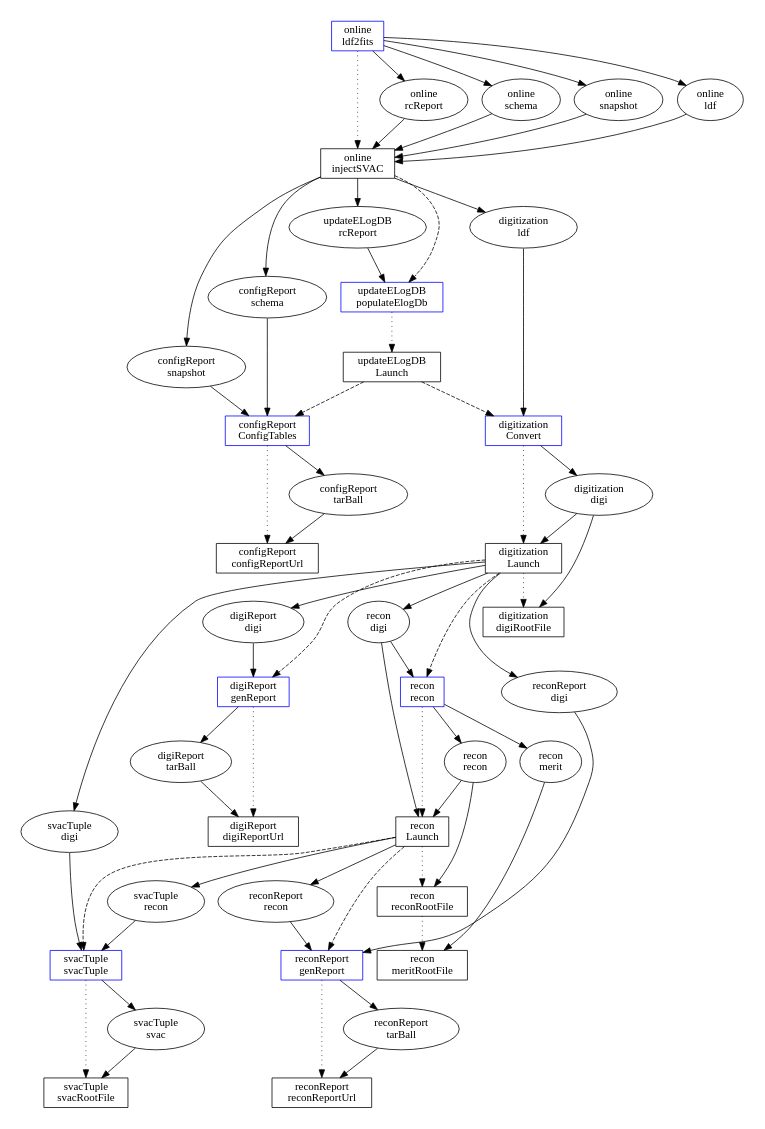
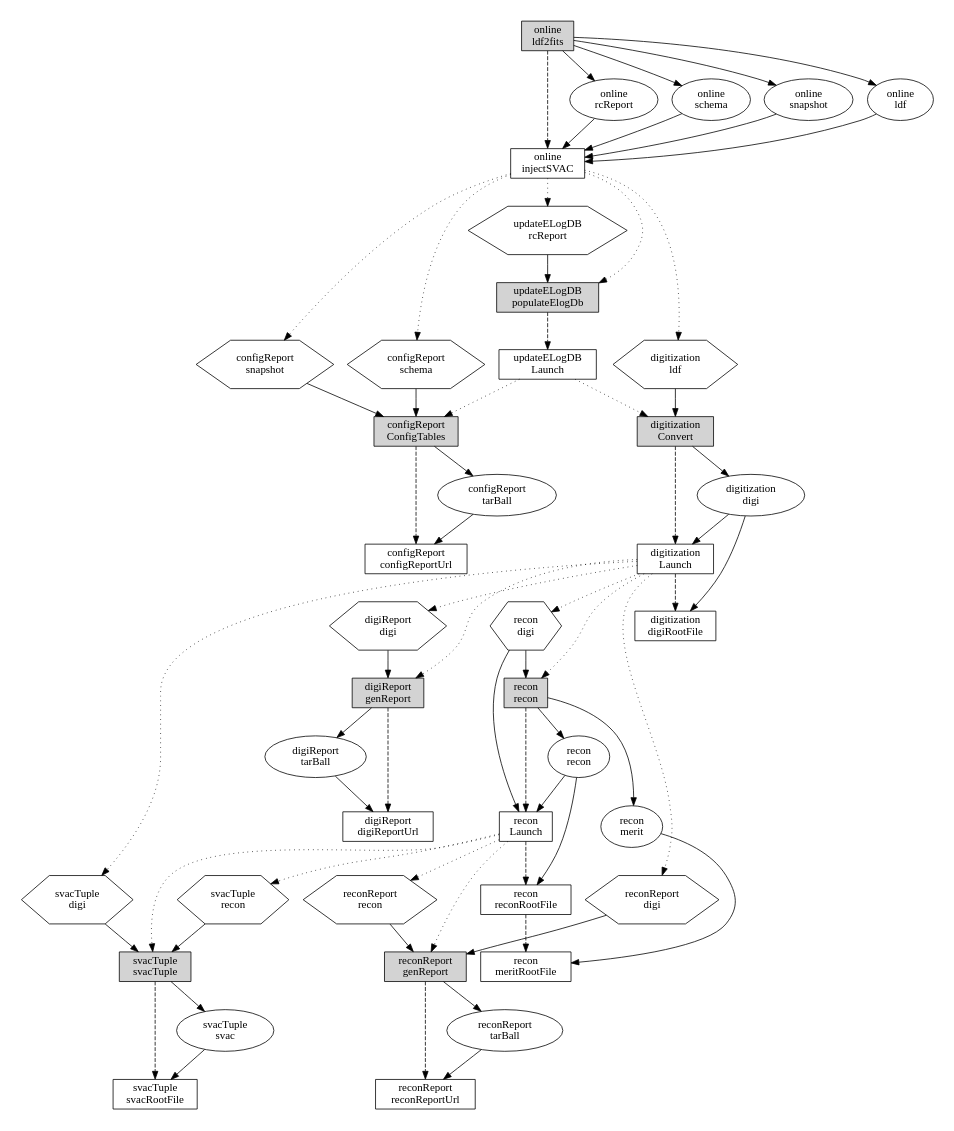
The diagram in svacPipeline/doc/newlaunch-EM2-v1r0.dot (fermi-lat/svac), drawn with Graphviz before and after one commit.

Commit message:
Changed newlaunch graph to conform to new conventions.

```diff
--- a/svacPipeline/doc/newlaunch-EM2-v1r0.dot
+++ b/svacPipeline/doc/newlaunch-EM2-v1r0.dot
@@ -1,182 +1,198 @@
 digraph iAndTPipeline {
 
 #rotate=90;
 size="7.5,6.5";
 
 #### task processes
 node [shape=box];
 ####
 ## entry points
-node [color=blue];
+node [style=filled];
 ##
 online_ldf2fits_tp [label="online\nldf2fits"];
 updateELogDB_populateElogDb_tp [label="updateELogDB\npopulateElogDb"];
 configReport_ConfigTables_tp [label="configReport\nConfigTables"];
 digitization_Convert_tp [label="digitization\nConvert"];
 digiReport_genReport_tp [label="digiReport\ngenReport"];
 recon_recon_tp [label="recon\nrecon"];
 reconReport_genReport_tp [label="reconReport\ngenReport"];
 svacTuple_svacTuple_tp [label="svacTuple\nsvacTuple "];
 ##
-node [color=black,style=solid];
+node [style=solid];
 ##
 online_injectSVAC_tp [label="online\ninjectSVAC"];
 #
 updateELogDB_Launch_tp [label="updateELogDB\nLaunch"];
 #
 configReport_configReportUrl_tp [label="configReport\nconfigReportUrl"];
 #
 digitization_Launch_tp [label="digitization\nLaunch"];
 digitization_digiRootFile_tp [label="digitization\ndigiRootFile"];
 #
 digiReport_digiReportUrl_tp [label="digiReport\ndigiReportUrl"];
 #
 recon_Launch_tp [label="recon\nLaunch"];
 recon_reconRootFile_tp [label="recon\nreconRootFile"];
 recon_meritRootFile_tp [label="recon\nmeritRootFile"];
 #
 reconReport_reconReportUrl_tp [label="reconReport\nreconReportUrl"];
 #
 svacTuple_svacRootFile_tp [label="svacTuple\nsvacRootFile"];
 
 #### datasets
 node [shape=ellipse];
 ####
+## real ones
+##
 online_rcReport_ds [label="online\nrcReport"];
-updateELogDB_rcReport_ds [label="updateELogDB\nrcReport"];
 online_schema_ds [label="online\nschema"];
-configReport_schema_ds [label="configReport\nschema"];
 online_snapshot_ds [label="online\nsnapshot"];
-configReport_snapshot_ds [label="configReport\nsnapshot"];
 online_ldf_ds [label="online\nldf"];
-digitization_ldf_ds [label="digitization\nldf"];
 #
 configReport_tarBall_ds [label="configReport\ntarBall"];
 #
 digitization_digi_ds [label="digitization\ndigi"];
+#
+digiReport_tarBall_ds [label="digiReport\ntarBall"];
+#
+recon_recon_ds [label="recon\nrecon"];
+recon_merit_ds [label="recon\nmerit"];
+#
+reconReport_tarBall_ds [label="reconReport\ntarBall"];
+#
+svacTuple_svac_ds [label="svacTuple\nsvac"];
+##
+## links
+node [shape=hexagon];
+##
+updateELogDB_rcReport_ds [label="updateELogDB\nrcReport"];
+configReport_schema_ds [label="configReport\nschema"];
+configReport_snapshot_ds [label="configReport\nsnapshot"];
+digitization_ldf_ds [label="digitization\nldf"];
+#
 recon_digi_ds [label="recon\ndigi"];
 digiReport_digi_ds [label="digiReport\ndigi"];
 svacTuple_digi_ds [label="svacTuple\ndigi"];
 reconReport_digi_ds [label="reconReport\ndigi"];
 #
-digiReport_tarBall_ds [label="digiReport\ntarBall"];
-#
-recon_recon_ds [label="recon\nrecon"];
 svacTuple_recon_ds [label="svacTuple\nrecon"];
 reconReport_recon_ds [label="reconReport\nrecon"];
-recon_merit_ds [label="recon\nmerit"];
-#
-reconReport_tarBall_ds [label="reconReport\ntarBall"];
-#
-svacTuple_svac_ds [label="svacTuple\nsvac"];
+##
 
 #### TP -> DS links
 edge [weight=10];
 ####
+## ones known to GINO
+edge [weight=10];
+##
 online_ldf2fits_tp -> online_rcReport_ds;
 online_ldf2fits_tp -> online_schema_ds;
 online_ldf2fits_tp -> online_snapshot_ds;
 online_ldf2fits_tp -> online_ldf_ds;
 #
 online_rcReport_ds -> online_injectSVAC_tp;
 online_schema_ds -> online_injectSVAC_tp;
 online_snapshot_ds -> online_injectSVAC_tp;
 online_ldf_ds -> online_injectSVAC_tp;
 #
-online_injectSVAC_tp -> updateELogDB_rcReport_ds;
-online_injectSVAC_tp -> configReport_schema_ds;
-online_injectSVAC_tp -> configReport_snapshot_ds;
-online_injectSVAC_tp -> digitization_ldf_ds;
-
 updateELogDB_rcReport_ds -> updateELogDB_populateElogDb_tp;
-
+#
 configReport_schema_ds -> configReport_ConfigTables_tp;
 configReport_snapshot_ds -> configReport_ConfigTables_tp;
 configReport_ConfigTables_tp -> configReport_tarBall_ds;
 #
 configReport_tarBall_ds -> configReport_configReportUrl_tp;
-
+#
 digitization_ldf_ds -> digitization_Convert_tp;
 digitization_Convert_tp -> digitization_digi_ds;
 #
 digitization_digi_ds -> digitization_Launch_tp;
-digitization_Launch_tp -> recon_digi_ds;
-#
-digitization_Launch_tp -> digiReport_digi_ds;
-#
-digitization_Launch_tp -> svacTuple_digi_ds;
-#
-digitization_Launch_tp -> reconReport_digi_ds;
-#
 digitization_digi_ds -> digitization_digiRootFile_tp;
 
 digiReport_digi_ds -> digiReport_genReport_tp;
 digiReport_genReport_tp -> digiReport_tarBall_ds;
 #
 digiReport_tarBall_ds -> digiReport_digiReportUrl_tp;
-
+#
 recon_digi_ds -> recon_recon_tp;
 recon_recon_tp -> recon_recon_ds;
 recon_recon_tp -> recon_merit_ds;
 #
 recon_recon_ds -> recon_Launch_tp;
 recon_digi_ds -> recon_Launch_tp;
-recon_Launch_tp -> svacTuple_recon_ds;
-#
-recon_Launch_tp -> reconReport_recon_ds;
-#
 recon_recon_ds -> recon_reconRootFile_tp;
 #
 recon_merit_ds -> recon_meritRootFile_tp;
 
 reconReport_digi_ds -> reconReport_genReport_tp;
 reconReport_recon_ds -> reconReport_genReport_tp;
 reconReport_genReport_tp -> reconReport_tarBall_ds;
 #
 reconReport_tarBall_ds -> reconReport_reconReportUrl_tp;
 
 svacTuple_digi_ds -> svacTuple_svacTuple_tp;
 svacTuple_recon_ds -> svacTuple_svacTuple_tp;
 svacTuple_svacTuple_tp -> svacTuple_svac_ds;
 #
 svacTuple_svac_ds -> svacTuple_svacRootFile_tp;
-
+#
+## unknown to GINO
+edge [weight=1,style=dotted];
+##
+online_injectSVAC_tp -> updateELogDB_rcReport_ds;
+online_injectSVAC_tp -> configReport_schema_ds;
+online_injectSVAC_tp -> configReport_snapshot_ds;
+online_injectSVAC_tp -> digitization_ldf_ds;
+#
+digitization_Launch_tp -> recon_digi_ds;
+#
+digitization_Launch_tp -> digiReport_digi_ds;
+#
+digitization_Launch_tp -> svacTuple_digi_ds;
+#
+digitization_Launch_tp -> reconReport_digi_ds;
+#
+recon_Launch_tp -> svacTuple_recon_ds;
+#
+recon_Launch_tp -> reconReport_recon_ds;
+#
+##
 
 #### intratask links ####
-edge [style=dotted,weight=100];
+edge [style=dashed,weight=100];
 ####
 online_ldf2fits_tp -> online_injectSVAC_tp;
 #
 updateELogDB_populateElogDb_tp -> updateELogDB_Launch_tp;
 #
 digitization_Convert_tp -> digitization_Launch_tp;
 digitization_Launch_tp -> digitization_digiRootFile_tp;
 #
 configReport_ConfigTables_tp -> configReport_configReportUrl_tp;
 #
 recon_recon_tp -> recon_Launch_tp;
 recon_Launch_tp -> recon_reconRootFile_tp;
 recon_reconRootFile_tp -> recon_meritRootFile_tp;
 #
 digiReport_genReport_tp -> digiReport_digiReportUrl_tp;
 #
 svacTuple_svacTuple_tp -> svacTuple_svacRootFile_tp;
 #
 reconReport_genReport_tp -> reconReport_reconReportUrl_tp;
 
 
 ##### intertask links #####
-edge [style=dashed,weight=1];
+edge [style=dotted,weight=1];
 ####
 online_injectSVAC_tp -> updateELogDB_populateElogDb_tp;
 #
 updateELogDB_Launch_tp -> digitization_Convert_tp;
 updateELogDB_Launch_tp -> configReport_ConfigTables_tp;
 #
 digitization_Launch_tp -> recon_recon_tp;
 digitization_Launch_tp -> digiReport_genReport_tp;
 #
 recon_Launch_tp -> svacTuple_svacTuple_tp;
 recon_Launch_tp -> reconReport_genReport_tp;
 
 }
```
